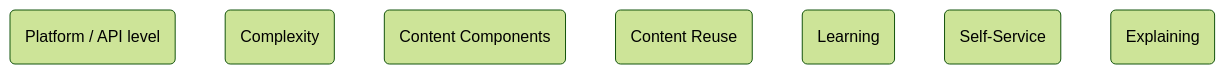
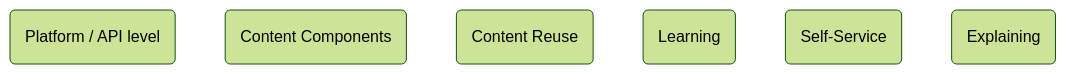
The second of 2 diagrams in overview.md (joe-dorward/samples), drawn with Mermaid (forest theme) before and after one commit. The commit also changed other lines of this file, not shown here.

````diff
--- a/overview.md
+++ b/overview.md
@@ -59,18 +58,18 @@
 ```mermaid
 flowchart
 
 
 PLATFORM_API("Platform / API level")
-COMPLEXITY("Complexity")
+
 CONTENT_COMPONENTS("Content Components")
 CONTENT_REUSE("Content Reuse")
 
 LEARNING("Learning")
 SELF_SERVICE("Self-Service")
 EXPLAINING("Explaining")
 
 %%I_LOVE-."working at the".-PLATFORM_API
 %%I_LOVE-.-COMPLEXITY
 %%I_LOVE-.-LEARNING
 %%I_LOVE-.-EXPLAINING
 ```
````
